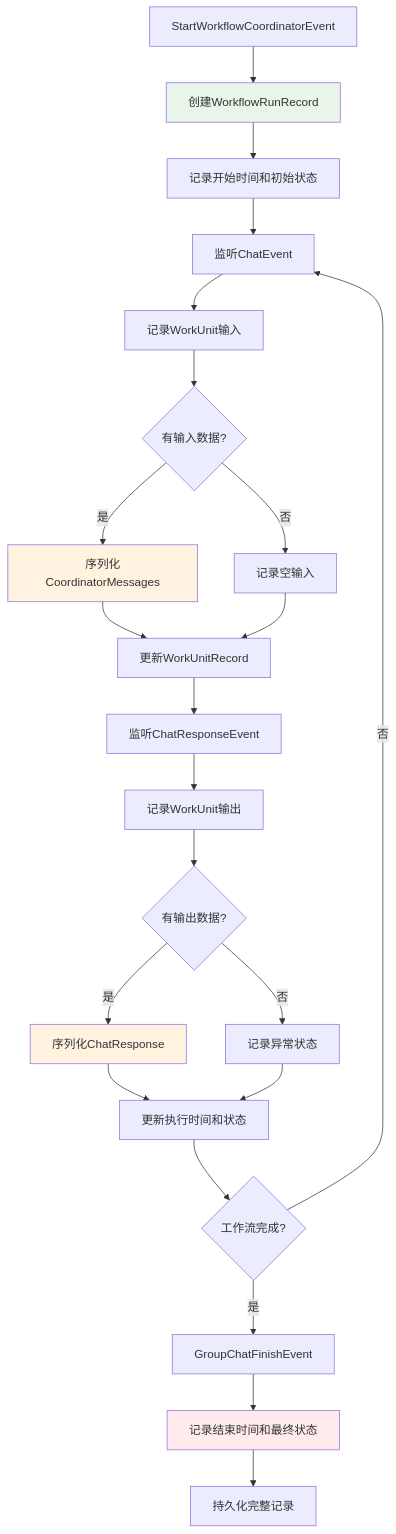
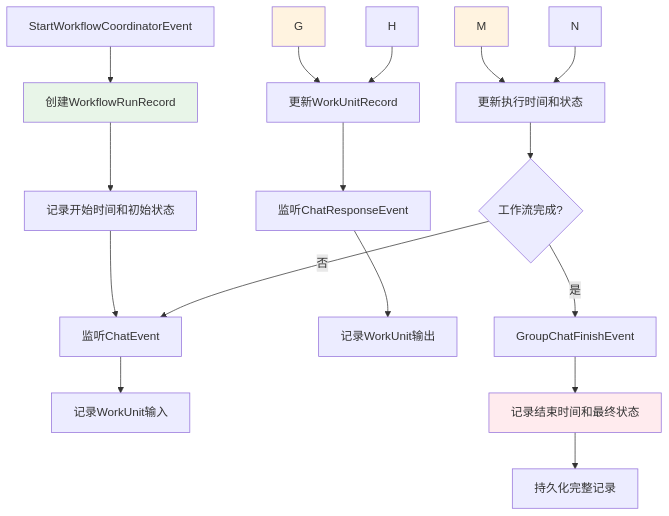
The third of 5 diagrams in WorkflowRunRecordGAgent_TechnicalDesign.md (aevatarAI/aevatar-gagents), drawn with Mermaid before and after one commit.

Commit message:
feat: improve doc

````diff
--- a/WorkflowRunRecordGAgent_TechnicalDesign.md
+++ b/WorkflowRunRecordGAgent_TechnicalDesign.md
@@ -82,32 +82,26 @@
 ```mermaid
 flowchart TD
     A["StartWorkflowCoordinatorEvent"] --> B["创建WorkflowRunRecord"]
     B --> C["记录开始时间和初始状态"]
     
     C --> D["监听ChatEvent"]
     D --> E["记录WorkUnit输入"]
-    E --> F{"有输入数据?"}
-    F -->|"是"| G["序列化CoordinatorMessages"]
-    F -->|"否"| H["记录空输入"]
     G --> I["更新WorkUnitRecord"]
     H --> I
     
     I --> J["监听ChatResponseEvent"]
     J --> K["记录WorkUnit输出"]
-    K --> L{"有输出数据?"}
-    L -->|"是"| M["序列化ChatResponse"]
-    L -->|"否"| N["记录异常状态"]
     M --> O["更新执行时间和状态"]
     N --> O
     
     O --> P{"工作流完成?"}
     P -->|"否"| D
     P -->|"是"| Q["GroupChatFinishEvent"]
     Q --> R["记录结束时间和最终状态"]
     R --> S["持久化完整记录"]
     
     style B fill:#e8f5e8
     style G fill:#fff3e0
     style M fill:#fff3e0
     style R fill:#ffebee
 ```
````
